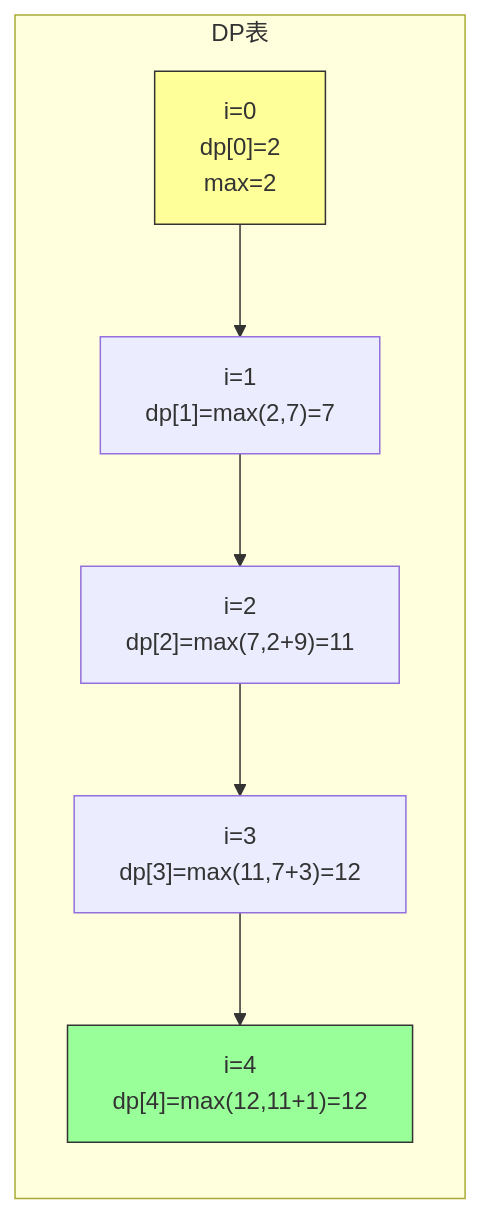
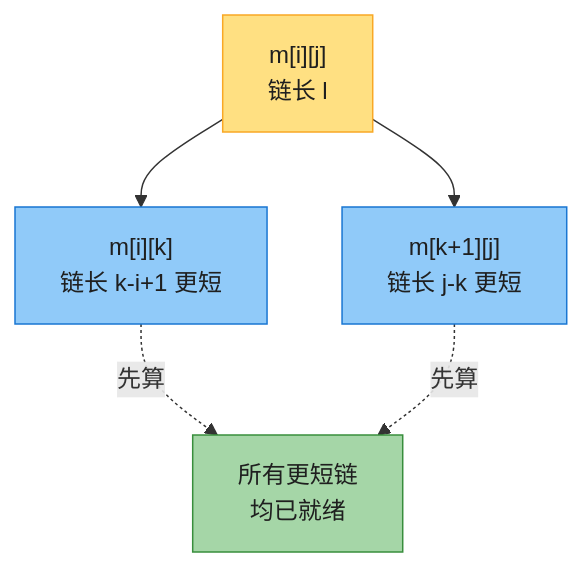
One commit to socoo123/book_reading changed the fifth of 11 diagrams in IntroductionToAlgorithms/Chapter14_动态规划_深度版.md. Above: the diagram before and after it, drawn with Mermaid. The commit also changed other lines of this file and 30 other files, not shown here.

````diff
--- a/IntroductionToAlgorithms/Chapter14_动态规划_深度版.md
+++ b/IntroductionToAlgorithms/Chapter14_动态规划_深度版.md
@@ -357,15 +381,14 @@
 ```mermaid
-flowchart LR
-    subgraph DP表
-    A0["i=0<br/>dp[0]=2<br/>max=2"]
-    A1["i=1<br/>dp[1]=max(2,7)=7"]
-    A2["i=2<br/>dp[2]=max(7,2+9)=11"]
-    A3["i=3<br/>dp[3]=max(11,7+3)=12"]
-    A4["i=4<br/>dp[4]=max(12,11+1)=12"]
-    end
+graph TD
+    mij["m[i][j]<br/>链长 l"] --> mik["m[i][k]<br/>链长 k-i+1 更短"]
+    mij --> mkj["m[k+1][j]<br/>链长 j-k 更短"]
+    mik -.->|"先算"| ready["所有更短链<br/>均已就绪"]
+    mkj -.->|"先算"| ready
 
-    A0 --> A1 --> A2 --> A3 --> A4
-
-    style A0 fill:#ffff99,stroke:#333
-    style A4 fill:#99ff99,stroke:#333
+    classDef cur fill:#FFE082,stroke:#F9A825,color:#1f1f1f
+    classDef dep fill:#90CAF9,stroke:#1976D2,color:#1f1f1f
+    classDef ok fill:#A5D6A7,stroke:#388E3C,color:#1f1f1f
+    class mij cur
+    class mik,mkj dep
+    class ready ok
 ```
````
